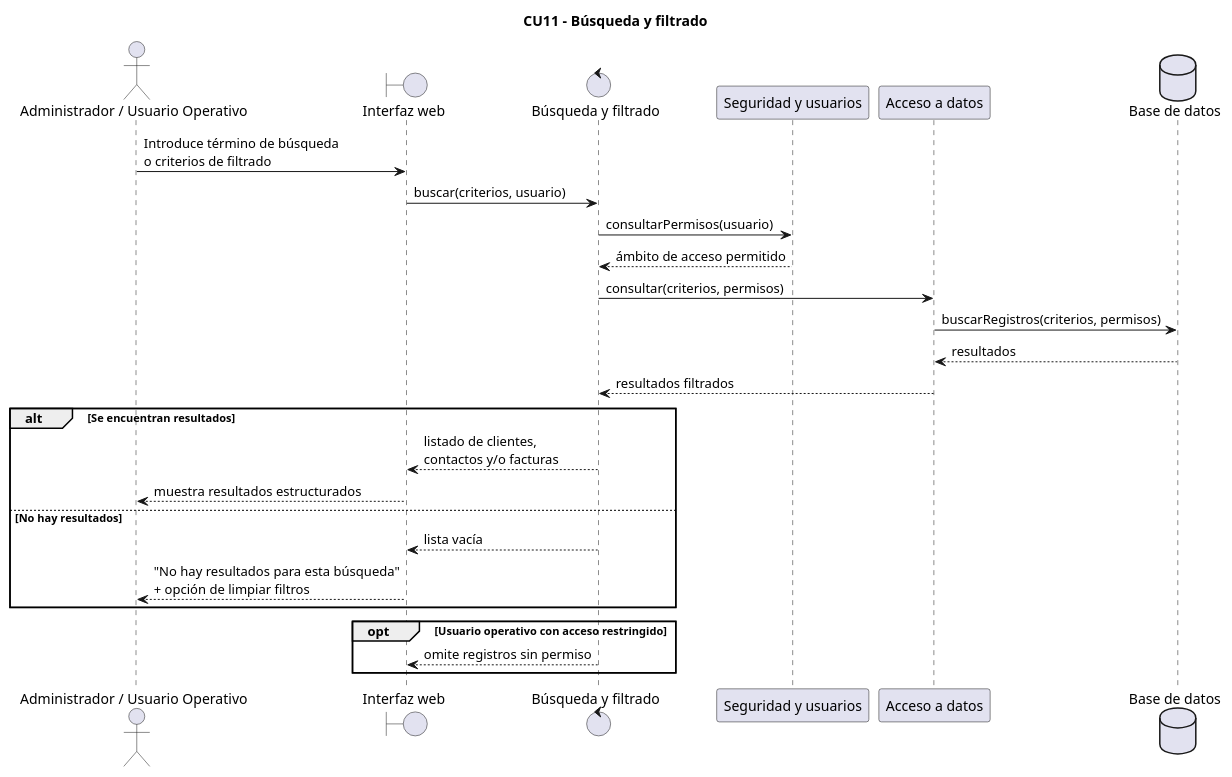
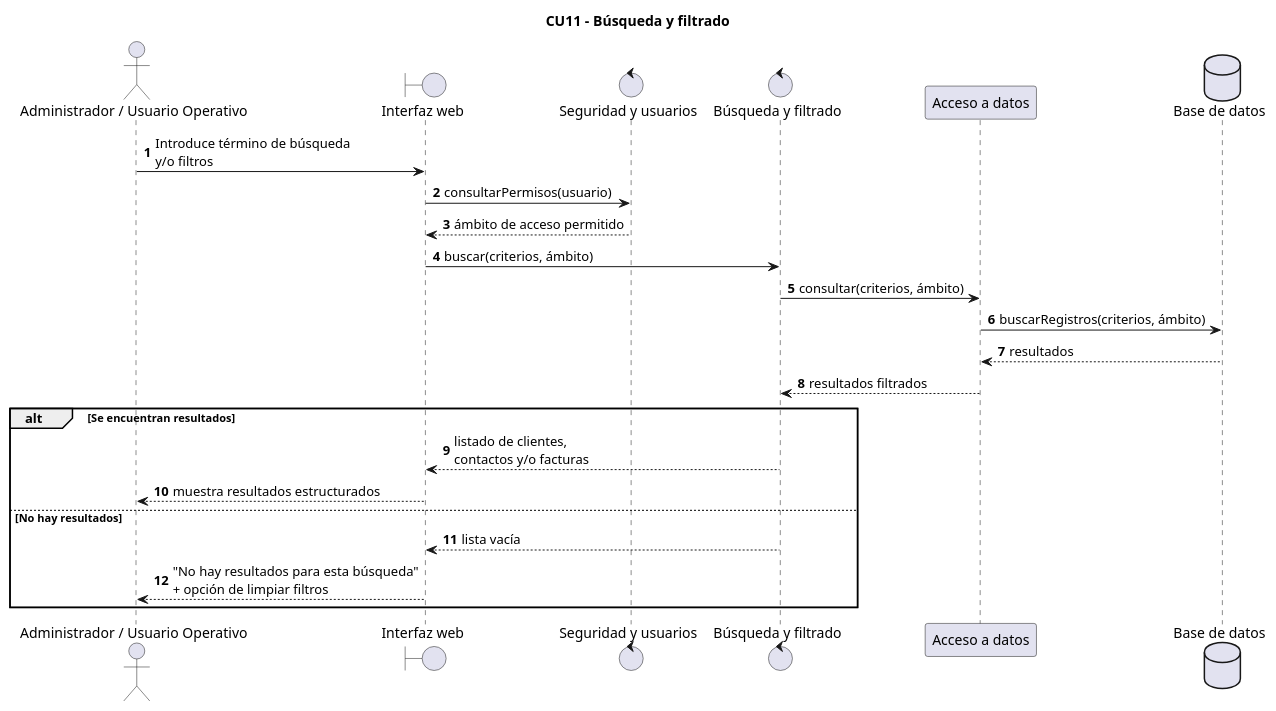
Before and after one commit to sandrardguezz/trabajo-ada: the diagram in Diagramas/DiagramasSecuencia/CU11/DiagramaSecuencia.puml, drawn with PlantUML.

```diff
--- a/Diagramas/DiagramasSecuencia/CU11/DiagramaSecuencia.puml
+++ b/Diagramas/DiagramasSecuencia/CU11/DiagramaSecuencia.puml
@@ -1,36 +1,35 @@
 @startuml
 
 title CU11 - Búsqueda y filtrado
 
+autonumber
+
 actor "Administrador / Usuario Operativo" as Usuario
 boundary "Interfaz web" as Web
+control "Seguridad y usuarios" as Seguridad
 control "Búsqueda y filtrado" as Busqueda
-participant "Seguridad y usuarios" as Seguridad
 participant "Acceso a datos" as Datos
 database "Base de datos" as BD
 
-Usuario -> Web : Introduce término de búsqueda\no criterios de filtrado
-Web -> Busqueda : buscar(criterios, usuario)
+Usuario -> Web : Introduce término de búsqueda\ny/o filtros
 
-Busqueda -> Seguridad : consultarPermisos(usuario)
-Seguridad --> Busqueda : ámbito de acceso permitido
+Web -> Seguridad : consultarPermisos(usuario)
+Seguridad --> Web : ámbito de acceso permitido
 
-Busqueda -> Datos : consultar(criterios, permisos)
-Datos -> BD : buscarRegistros(criterios, permisos)
+Web -> Busqueda : buscar(criterios, ámbito)
+
+Busqueda -> Datos : consultar(criterios, ámbito)
+Datos -> BD : buscarRegistros(criterios, ámbito)
 BD --> Datos : resultados
 Datos --> Busqueda : resultados filtrados
 
 alt Se encuentran resultados
     Busqueda --> Web : listado de clientes,\ncontactos y/o facturas
     Web --> Usuario : muestra resultados estructurados
 
 else No hay resultados
     Busqueda --> Web : lista vacía
     Web --> Usuario : "No hay resultados para esta búsqueda"\n+ opción de limpiar filtros
 end
 
-opt Usuario operativo con acceso restringido
-    Busqueda --> Web : omite registros sin permiso
-end
-
 @enduml
```
